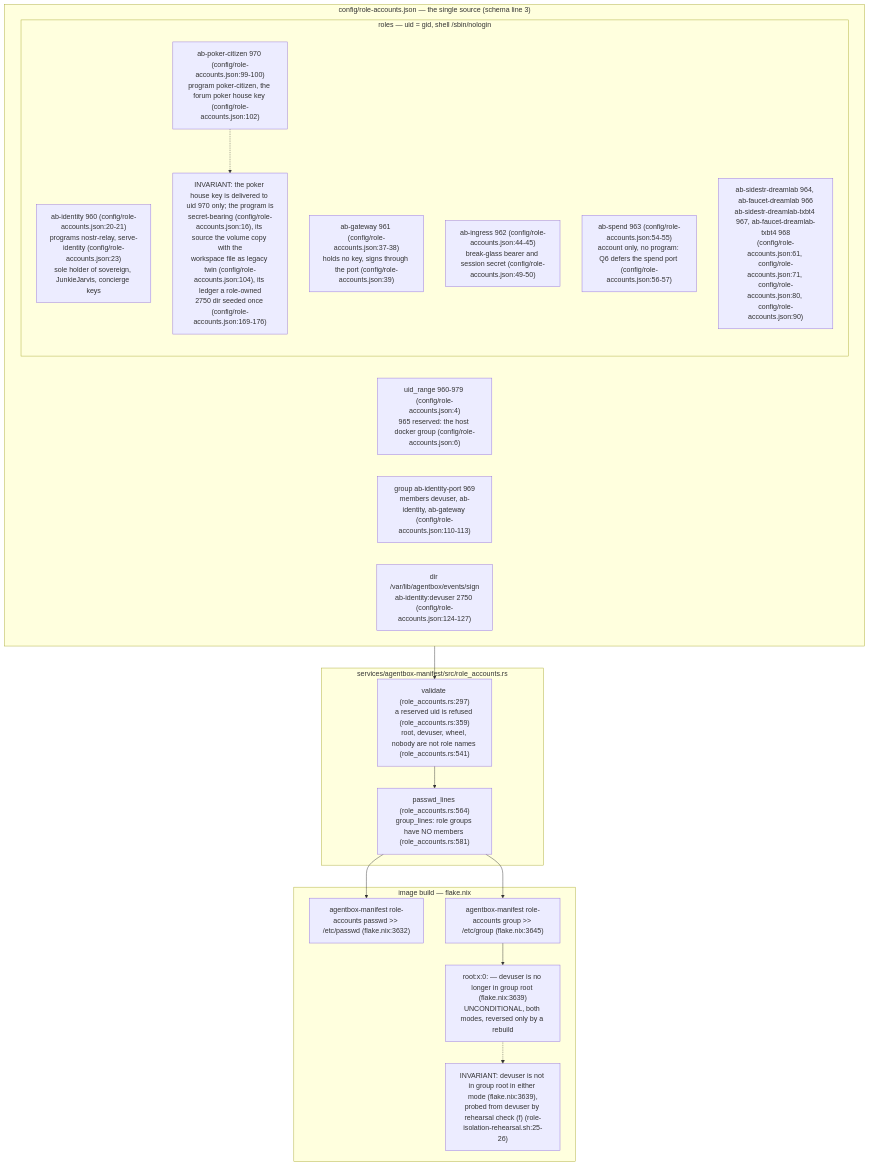
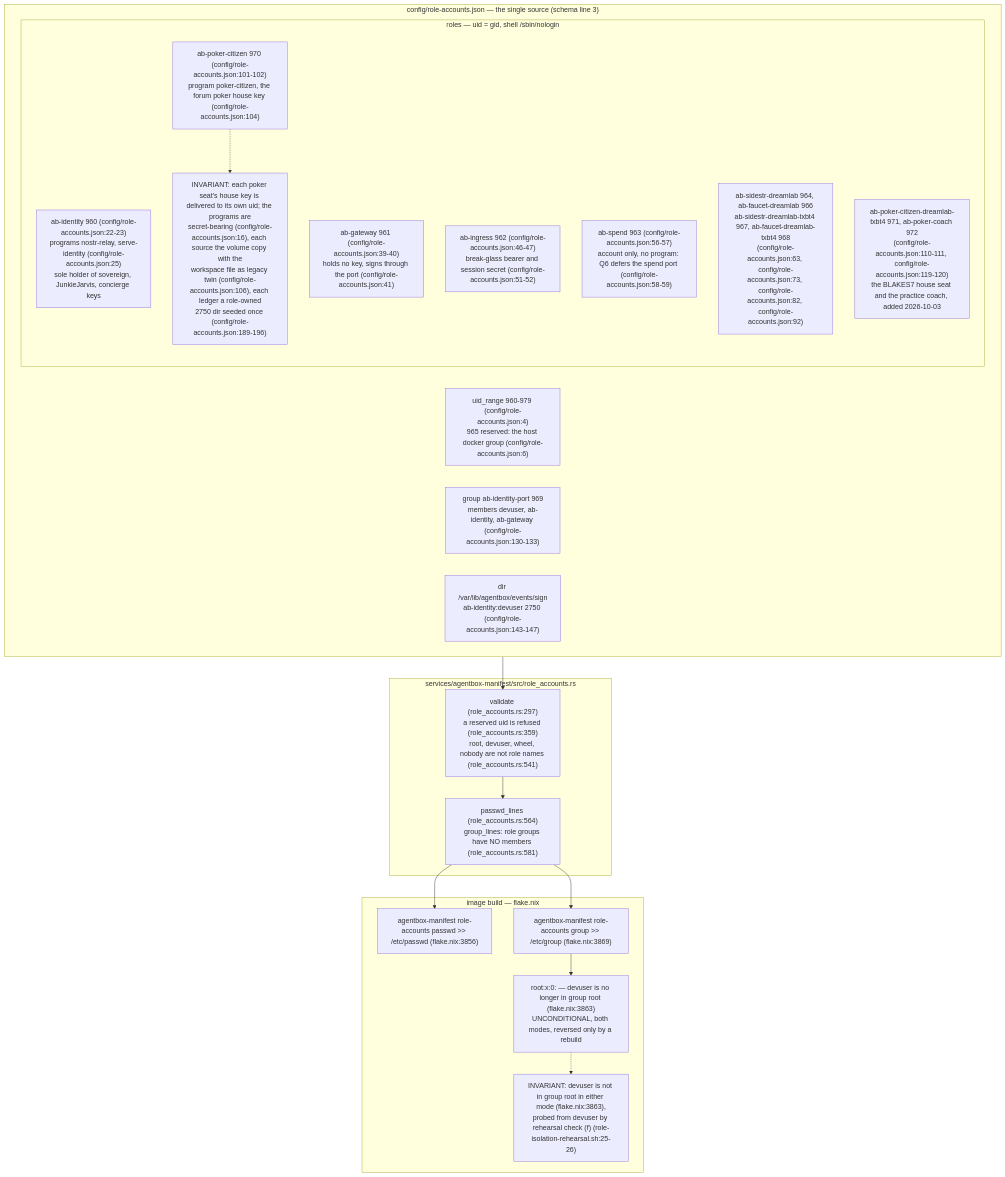
The first of 7 diagrams in docs/diagrams/agentbox/36-role-isolation-and-identity-port.md (DreamLab-AI/VisionFlow), drawn with Mermaid before and after one commit. The commit also changed other lines of this file and 111 other files, not shown here.

Commit message:
docs(diagrams): align estate maps with current source

````diff
--- a/docs/diagrams/agentbox/36-role-isolation-and-identity-port.md
+++ b/docs/diagrams/agentbox/36-role-isolation-and-identity-port.md
@@ -48,31 +48,32 @@
 ```mermaid
 flowchart TB
     subgraph TABLE["config/role-accounts.json — the single source (schema line 3)"]
         RANGE["uid_range 960-979 (config/role-accounts.json:4)<br/>965 reserved: the host docker group (config/role-accounts.json:6)"]
         subgraph ROLES["roles — uid = gid, shell /sbin/nologin"]
-            ID["ab-identity 960 (config/role-accounts.json:20-21)<br/>programs nostr-relay, serve-identity (config/role-accounts.json:23)<br/>sole holder of sovereign, JunkieJarvis, concierge keys"]
-            GW["ab-gateway 961 (config/role-accounts.json:37-38)<br/>holds no key, signs through the port (config/role-accounts.json:39)"]
-            IN["ab-ingress 962 (config/role-accounts.json:44-45)<br/>break-glass bearer and session secret (config/role-accounts.json:49-50)"]
-            SP["ab-spend 963 (config/role-accounts.json:54-55)<br/>account only, no program: Q6 defers the spend port (config/role-accounts.json:56-57)"]
-            CH["ab-sidestr-dreamlab 964, ab-faucet-dreamlab 966<br/>ab-sidestr-dreamlab-txbt4 967, ab-faucet-dreamlab-txbt4 968<br/>(config/role-accounts.json:61, config/role-accounts.json:71, config/role-accounts.json:80, config/role-accounts.json:90)"]
-            PK["ab-poker-citizen 970 (config/role-accounts.json:99-100)<br/>program poker-citizen, the forum poker house key (config/role-accounts.json:102)"]
-            PK -.-> N2["INVARIANT: the poker house key is delivered to uid 970 only; the program is<br/>secret-bearing (config/role-accounts.json:16), its source the volume copy with the<br/>workspace file as legacy twin (config/role-accounts.json:104), its ledger a role-owned<br/>2750 dir seeded once (config/role-accounts.json:169-176)"]
+            ID["ab-identity 960 (config/role-accounts.json:22-23)<br/>programs nostr-relay, serve-identity (config/role-accounts.json:25)<br/>sole holder of sovereign, JunkieJarvis, concierge keys"]
+            GW["ab-gateway 961 (config/role-accounts.json:39-40)<br/>holds no key, signs through the port (config/role-accounts.json:41)"]
+            IN["ab-ingress 962 (config/role-accounts.json:46-47)<br/>break-glass bearer and session secret (config/role-accounts.json:51-52)"]
+            SP["ab-spend 963 (config/role-accounts.json:56-57)<br/>account only, no program: Q6 defers the spend port (config/role-accounts.json:58-59)"]
+            CH["ab-sidestr-dreamlab 964, ab-faucet-dreamlab 966<br/>ab-sidestr-dreamlab-txbt4 967, ab-faucet-dreamlab-txbt4 968<br/>(config/role-accounts.json:63, config/role-accounts.json:73, config/role-accounts.json:82, config/role-accounts.json:92)"]
+            PK["ab-poker-citizen 970 (config/role-accounts.json:101-102)<br/>program poker-citizen, the forum poker house key (config/role-accounts.json:104)"]
+            PK2["ab-poker-citizen-dreamlab-txbt4 971, ab-poker-coach 972<br/>(config/role-accounts.json:110-111, config/role-accounts.json:119-120)<br/>the BLAKES7 house seat and the practice coach, added 2026-10-03"]
+            PK -.-> N2["INVARIANT: each poker seat's house key is delivered to its own uid; the programs are<br/>secret-bearing (config/role-accounts.json:16), each source the volume copy with the<br/>workspace file as legacy twin (config/role-accounts.json:106), each ledger a role-owned<br/>2750 dir seeded once (config/role-accounts.json:189-196)"]
         end
-        GRP["group ab-identity-port 969<br/>members devuser, ab-identity, ab-gateway (config/role-accounts.json:110-113)"]
-        DIR["dir /var/lib/agentbox/events/sign<br/>ab-identity:devuser 2750 (config/role-accounts.json:124-127)"]
+        GRP["group ab-identity-port 969<br/>members devuser, ab-identity, ab-gateway (config/role-accounts.json:130-133)"]
+        DIR["dir /var/lib/agentbox/events/sign<br/>ab-identity:devuser 2750 (config/role-accounts.json:143-147)"]
     end
     subgraph BUILD["image build — flake.nix"]
-        PW["agentbox-manifest role-accounts passwd >> /etc/passwd (flake.nix:3632)"]
-        GR["agentbox-manifest role-accounts group >> /etc/group (flake.nix:3645)"]
-        ROOTG["root:x:0: — devuser is no longer in group root (flake.nix:3639)<br/>UNCONDITIONAL, both modes, reversed only by a rebuild"]
-        ROOTG -.-> N1["INVARIANT: devuser is not in group root in either mode (flake.nix:3639),<br/>probed from devuser by rehearsal check (f) (role-isolation-rehearsal.sh:25-26)"]
+        PW["agentbox-manifest role-accounts passwd >> /etc/passwd (flake.nix:3856)"]
+        GR["agentbox-manifest role-accounts group >> /etc/group (flake.nix:3869)"]
+        ROOTG["root:x:0: — devuser is no longer in group root (flake.nix:3863)<br/>UNCONDITIONAL, both modes, reversed only by a rebuild"]
+        ROOTG -.-> N1["INVARIANT: devuser is not in group root in either mode (flake.nix:3863),<br/>probed from devuser by rehearsal check (f) (role-isolation-rehearsal.sh:25-26)"]
     end
     subgraph RUST["services/agentbox-manifest/src/role_accounts.rs"]
         VAL["validate (role_accounts.rs:297)<br/>a reserved uid is refused (role_accounts.rs:359)<br/>root, devuser, wheel, nobody are not role names (role_accounts.rs:541)"]
         LINES["passwd_lines (role_accounts.rs:564)<br/>group_lines: role groups have NO members (role_accounts.rs:581)"]
     end
     TABLE --> VAL --> LINES
     LINES --> PW
     LINES --> GR
     GR --> ROOTG
 ```
````
